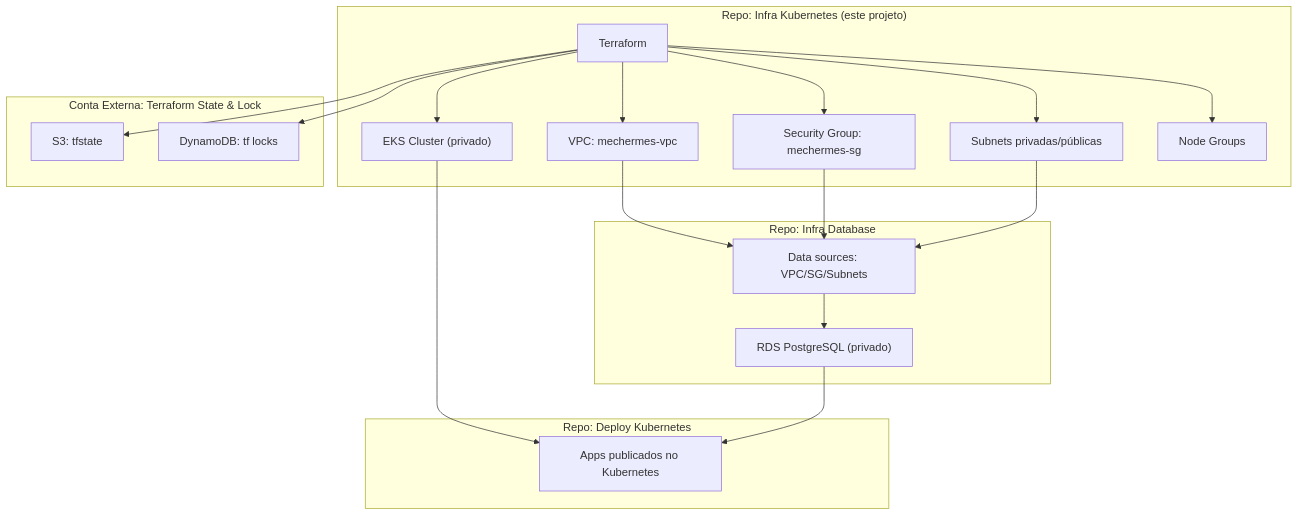
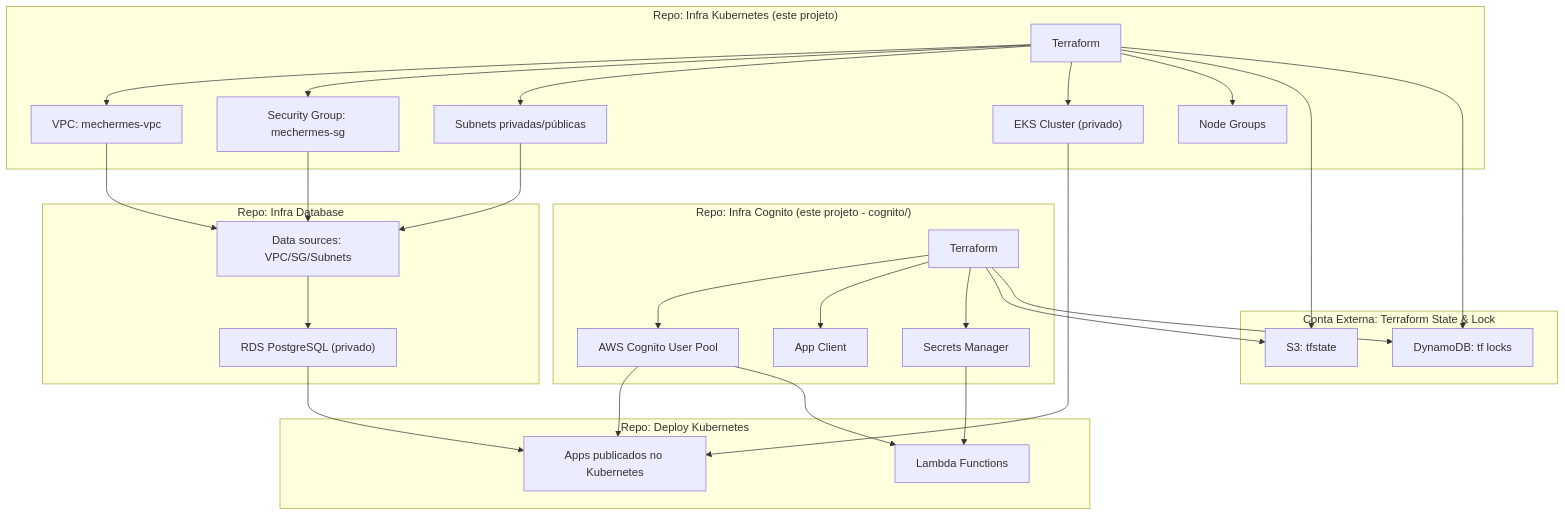
One commit to fiap-challenge-13soat/mecanica-hermes-infra changed the diagram in README.md. Above: the diagram before and after it, drawn with Mermaid. The commit also changed other lines of this file and 30 other files, not shown here.

Commit message:
feat: deploy cognito

````diff
--- a/README.md
+++ b/README.md
@@ -39,41 +42,58 @@
 ```mermaid
 flowchart
   subgraph Step1["Repo: Infra Kubernetes (este projeto)"]
    TF["Terraform"]
    VPC["VPC: mechermes-vpc"]
    SG["Security Group: mechermes-sg"]
    Subnet["Subnets privadas/públicas"]
    EKS["EKS Cluster (privado)"]
    Nodes["Node Groups"]
   end
 
-  subgraph Step2["Repo: Infra Database"]
+  subgraph Step2["Repo: Infra Cognito (este projeto - cognito/)"]
+   TF_Cognito["Terraform"]
+   Cognito["AWS Cognito User Pool"]
+   CognitoClient["App Client"]
+   CognitoSecret["Secrets Manager"]
+  end
+
+  subgraph Step3["Repo: Infra Database"]
    Data["Data sources: VPC/SG/Subnets"]
    RDS["RDS PostgreSQL (privado)"]
   end
 
-  subgraph Step3["Conta Externa: Terraform State & Lock"]
+  subgraph Step4["Conta Externa: Terraform State & Lock"]
    S3["S3: tfstate"]
    DDB["DynamoDB: tf locks"]
   end
 
-  subgraph Step4["Repo: Deploy Kubernetes"]
+  subgraph Step5["Repo: Deploy Kubernetes"]
    Apps["Apps publicados no Kubernetes"]
+   Lambda["Lambda Functions"]
   end
 
   TF --> VPC
   TF --> SG
   TF --> Subnet
   TF --> EKS
   TF --> Nodes
   TF --> S3
   TF --> DDB
 
+  TF_Cognito --> Cognito
+  TF_Cognito --> CognitoClient
+  TF_Cognito --> CognitoSecret
+  TF_Cognito --> S3
+  TF_Cognito --> DDB
+
   VPC --> Data
   SG --> Data
   Subnet --> Data
   Data --> RDS
 
   EKS --> Apps
   RDS --> Apps
+  Cognito --> Apps
+  Cognito --> Lambda
+  CognitoSecret --> Lambda
 ```
````
